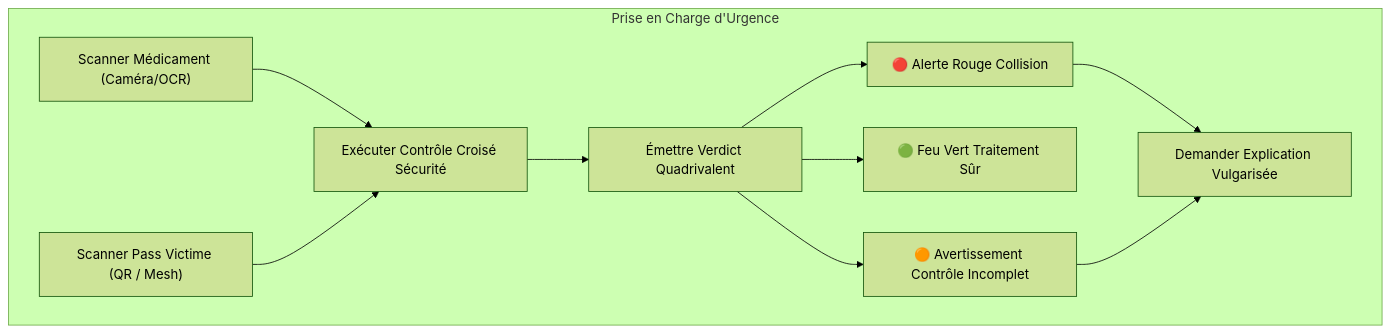
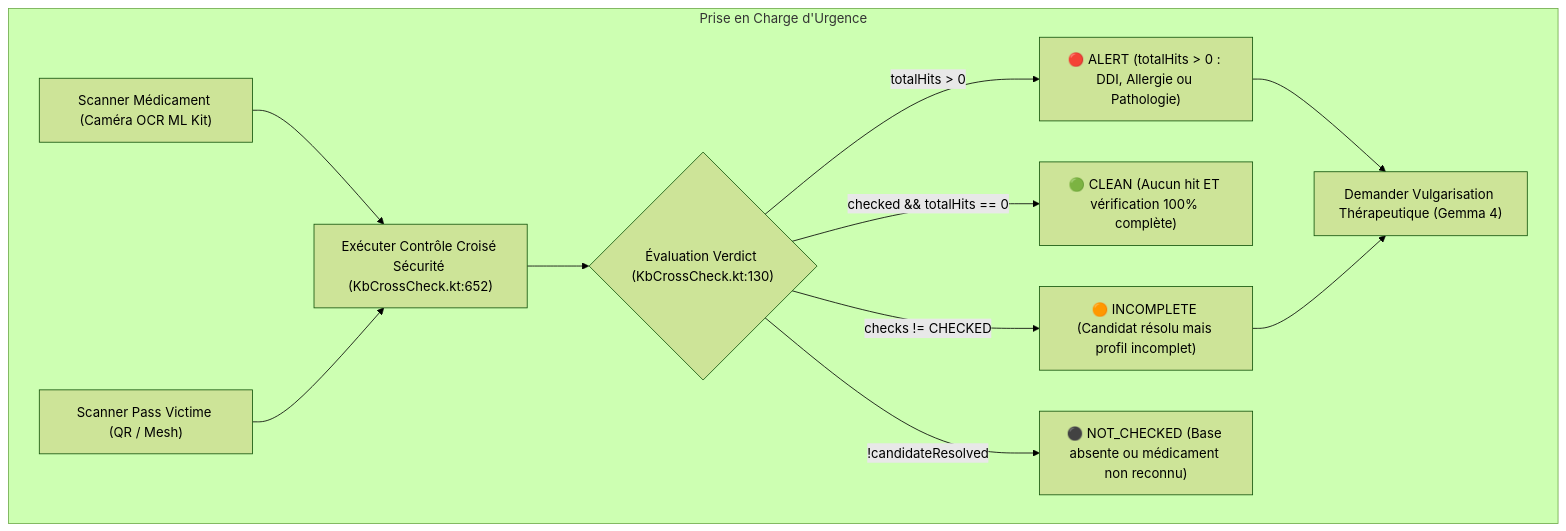
Before and after one commit to kurodohenroonsen/JemmaPass: the third of 21 diagrams in docs/DOCUMENTATION_UML_FONCTIONNELLE.md, drawn with Mermaid (forest theme). The commit also changed other lines of this file and 1 other file, not shown here.

First line of the commit message:
docs: correct UML documentation and iOS specifications against codebase reality

````diff
--- a/docs/DOCUMENTATION_UML_FONCTIONNELLE.md
+++ b/docs/DOCUMENTATION_UML_FONCTIONNELLE.md
@@ -141,22 +160,24 @@
 ```mermaid
 flowchart TD
     subgraph Prise_En_Charge ["Prise en Charge d'Urgence"]
-        SCAN["Scanner Médicament (Caméra/OCR)"]
+        SCAN["Scanner Médicament (Caméra OCR ML Kit)"]
         IMPORT["Scanner Pass Victime (QR / Mesh)"]
-        EVAL["Exécuter Contrôle Croisé Sécurité"]
-        VERDICT["Émettre Verdict Quadrivalent"]
-        RED["🔴 Alerte Rouge Collision"]
-        GREEN["🟢 Feu Vert Traitement Sûr"]
-        AMBER["🟠 Avertissement Contrôle Incomplet"]
-        VULG["Demander Explication Vulgarisée"]
+        EVAL["Exécuter Contrôle Croisé Sécurité (KbCrossCheck.kt:652)"]
+        VERDICT{"Évaluation Verdict (KbCrossCheck.kt:130)"}
+        RED["🔴 ALERT (totalHits > 0 : DDI, Allergie ou Pathologie)"]
+        GREEN["🟢 CLEAN (Aucun hit ET vérification 100% complète)"]
+        AMBER["🟠 INCOMPLETE (Candidat résolu mais profil incomplet)"]
+        GRAY["⚫ NOT_CHECKED (Base absente ou médicament non reconnu)"]
+        VULG["Demander Vulgarisation Thérapeutique (Gemma 4)"]
     end
 
     SCAN --> EVAL
     IMPORT --> EVAL
     EVAL --> VERDICT
-    VERDICT --> RED
-    VERDICT --> GREEN
-    VERDICT --> AMBER
+    VERDICT -->|totalHits > 0| RED
+    VERDICT -->|checked && totalHits == 0| GREEN
+    VERDICT -->|checks != CHECKED| AMBER
+    VERDICT -->|!candidateResolved| GRAY
     RED --> VULG
     AMBER --> VULG
 ```
````
